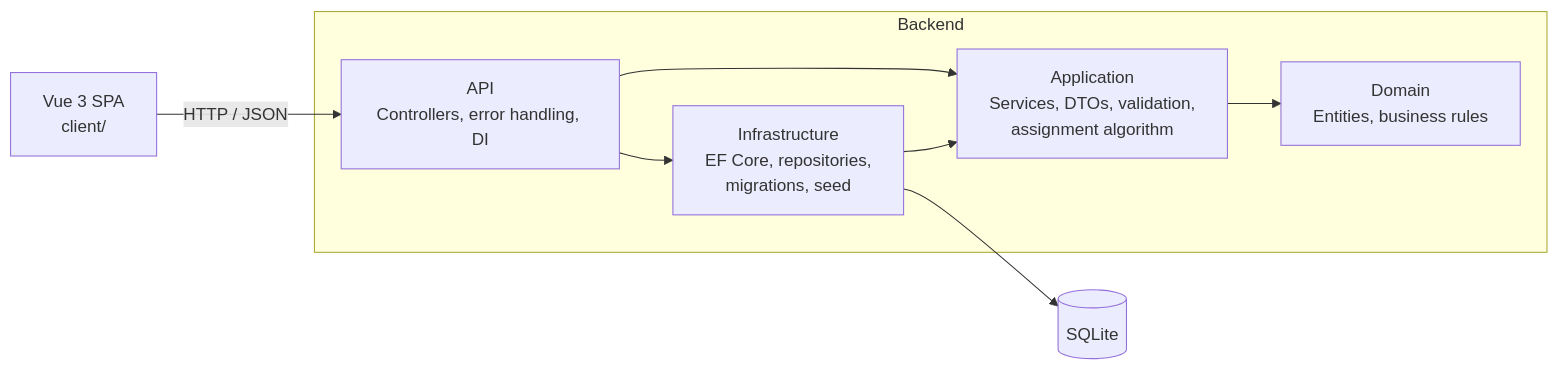
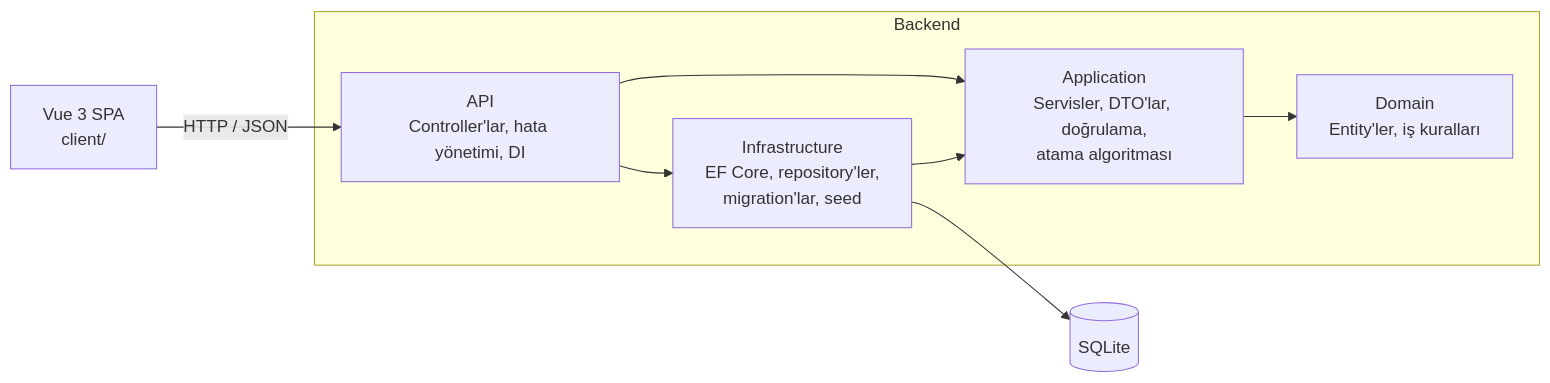
One commit to grbzemir/TaskDistribution changed the third of 3 diagrams in README.md. Above: the diagram before and after it, drawn with Mermaid. The commit also changed other lines of this file and 2 other files, not shown here.

Commit message:
NTLG-000 feat: edit readme and assignment

````diff
--- a/README.md
+++ b/README.md
@@ -265,17 +503,17 @@
 ```mermaid
 flowchart LR
     Client["Vue 3 SPA<br/>client/"] -- "HTTP / JSON" --> API
 
     subgraph Backend
-        API["API<br/>Controllers, error handling, DI"]
-        APP["Application<br/>Services, DTOs, validation,<br/>assignment algorithm"]
-        DOM["Domain<br/>Entities, business rules"]
-        INF["Infrastructure<br/>EF Core, repositories,<br/>migrations, seed"]
+        API["API<br/>Controller'lar, hata yönetimi, DI"]
+        APP["Application<br/>Servisler, DTO'lar, doğrulama,<br/>atama algoritması"]
+        DOM["Domain<br/>Entity'ler, iş kuralları"]
+        INF["Infrastructure<br/>EF Core, repository'ler,<br/>migration'lar, seed"]
     end
 
     API --> APP
     API --> INF
     INF --> APP
     APP --> DOM
     INF --> DB[("SQLite")]
 ```
````
